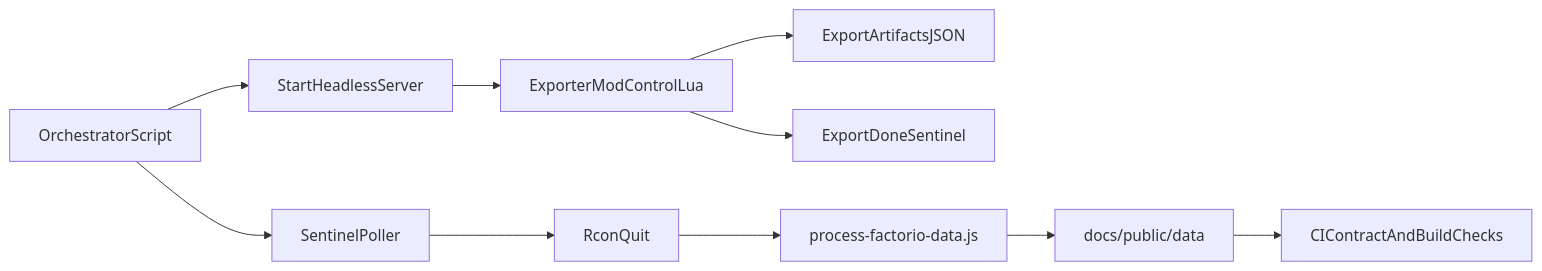
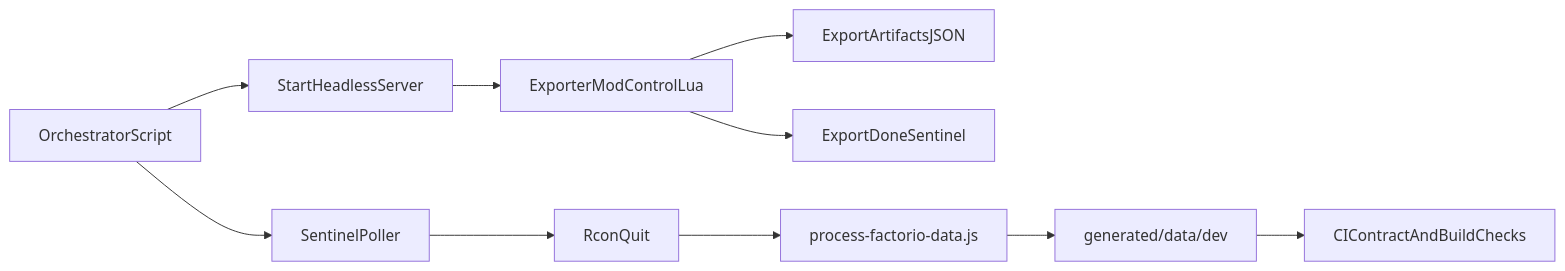
Before and after one commit to WhyIsSandwich/SeaBlock: the diagram in docs/governance/headless-export-cicd-plan.md, drawn with Mermaid. The commit also changed other lines of this file and 21 other files, not shown here.

````diff
--- a/docs/governance/headless-export-cicd-plan.md
+++ b/docs/governance/headless-export-cicd-plan.md
@@ -29,12 +29,12 @@
 ```mermaid
 flowchart LR
   orchestrator[OrchestratorScript] --> startServer[StartHeadlessServer]
   startServer --> exporterMod[ExporterModControlLua]
   exporterMod --> artifactJson[ExportArtifactsJSON]
   exporterMod --> sentinel[ExportDoneSentinel]
   orchestrator --> poller[SentinelPoller]
   poller --> rconQuit[RconQuit]
   rconQuit --> processor[process-factorio-data.js]
-  processor --> siteArtifacts[docs/public/data]
+  processor --> siteArtifacts[generated/data/dev]
   siteArtifacts --> ciChecks[CIContractAndBuildChecks]
 ```
````
